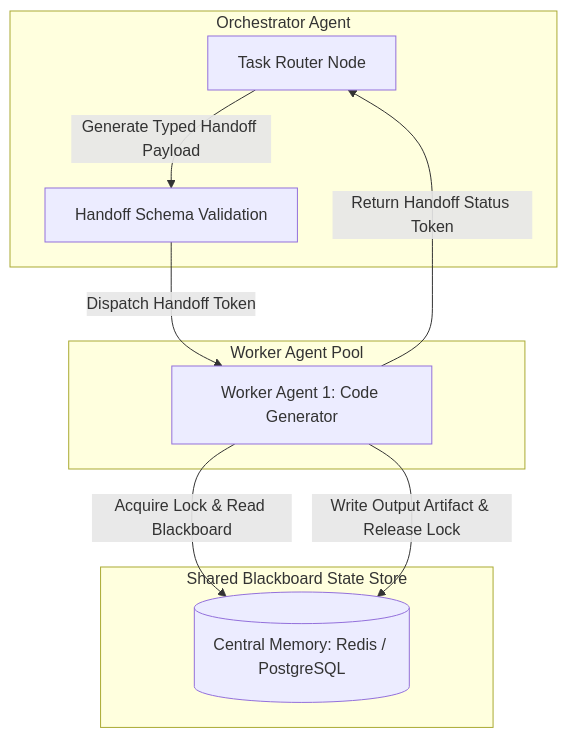
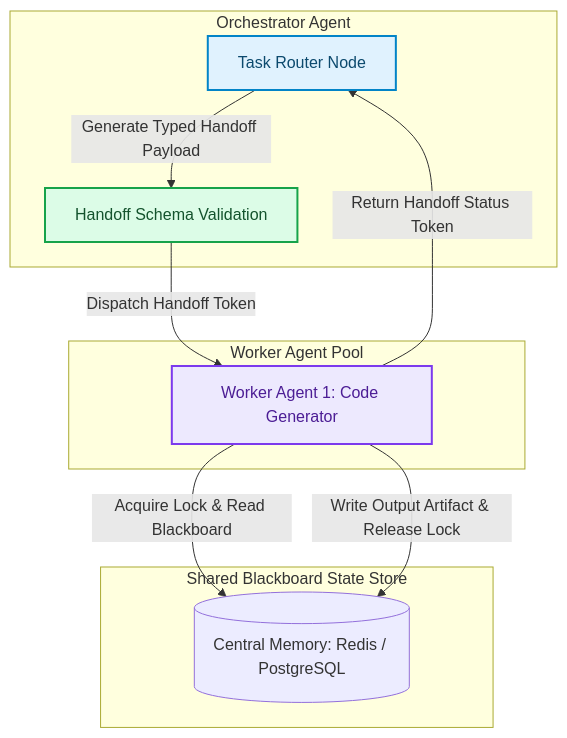
Before and after one commit to akmalkhaniub/akmalkhaniub.github.io: the diagram in blog/posts/orchestrator-state-synchronization-handoff-schemas.md, drawn with Mermaid. The commit also changed other lines of this file and 1291 other files, not shown here.

First line of the commit message:
feat(catalog): unique covers, scholarly references, and diagram palettes

````diff
--- a/blog/posts/orchestrator-state-synchronization-handoff-schemas.md
+++ b/blog/posts/orchestrator-state-synchronization-handoff-schemas.md
@@ -15,15 +15,24 @@
 ```mermaid
 flowchart TD
   subgraph SG1_OrchestratorAgent ["Orchestrator Agent"]
-    A[Task Router Node] -->|Generate Typed Handoff Payload| B[Handoff Schema Validation]
+    A["Task Router Node"] -->|Generate Typed Handoff Payload| B["Handoff Schema Validation"]
   end
   subgraph SG2_SharedBlackboardState ["Shared Blackboard State Store"]
     C[(Central Memory: Redis / PostgreSQL)]
   end
   subgraph SG3_WorkerAgentPool ["Worker Agent Pool"]
-    B -->|Dispatch Handoff Token| D[Worker Agent 1: Code Generator]
+    B -->|Dispatch Handoff Token| D["Worker Agent 1: Code Generator"]
     D -->|Acquire Lock & Read Blackboard| C
     D -->|Write Output Artifact & Release Lock| C
     D -->|Return Handoff Status Token| A
   end
+
+classDef green fill:#dcfce7,stroke:#16a34a,stroke-width:2px,color:#14532d;
+classDef red fill:#fee2e2,stroke:#dc2626,stroke-width:2px,color:#7f1d1d;
+classDef blue fill:#e0f2fe,stroke:#0284c7,stroke-width:2px,color:#0c4a6e;
+classDef yellow fill:#fef3c7,stroke:#d97706,stroke-width:2px,color:#78350f;
+classDef purple fill:#ede9fe,stroke:#7c3aed,stroke-width:2px,color:#4c1d95;
+class A blue
+class B green
+class D purple
 ```
````
